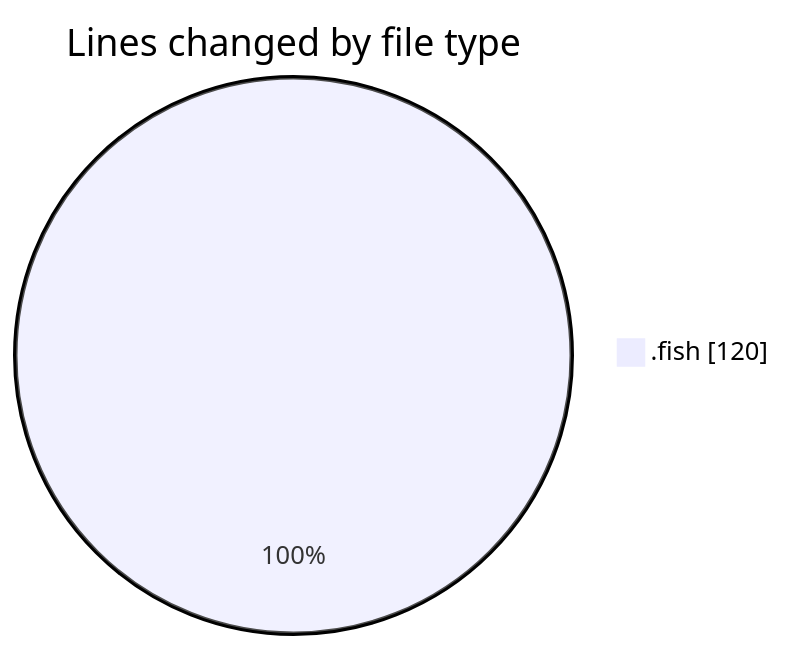
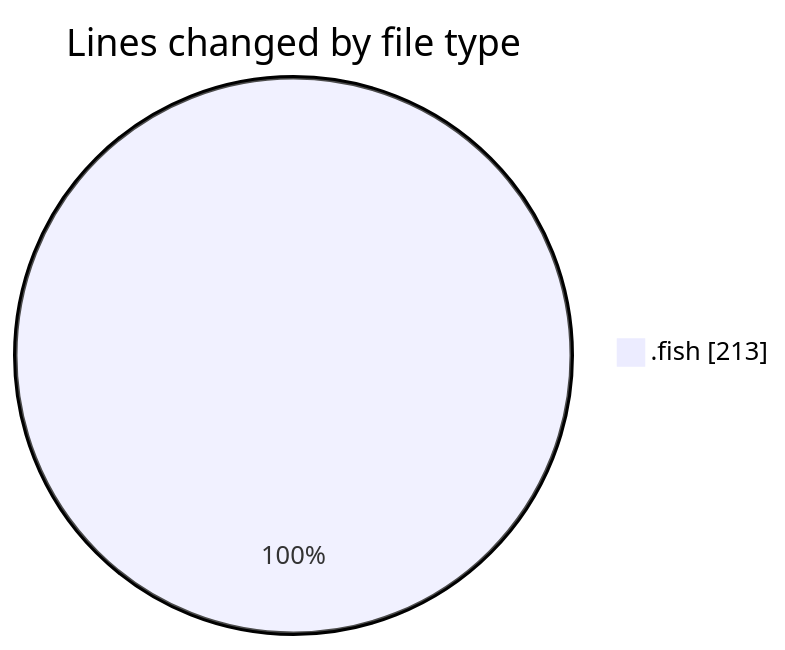
Before and after one commit to EIIisD/code-tracking: the first of 2 diagrams in 2025-08-06/fish/README.md, drawn with Mermaid. The commit also changed other lines of this file and 1 other file, not shown here.

````diff
--- a/2025-08-06/fish/README.md
+++ b/2025-08-06/fish/README.md
@@ -20,5 +22,5 @@
 ```mermaid
 pie showData
 title Lines changed by file type
-".fish" : 120
+".fish" : 213
 ```
````
